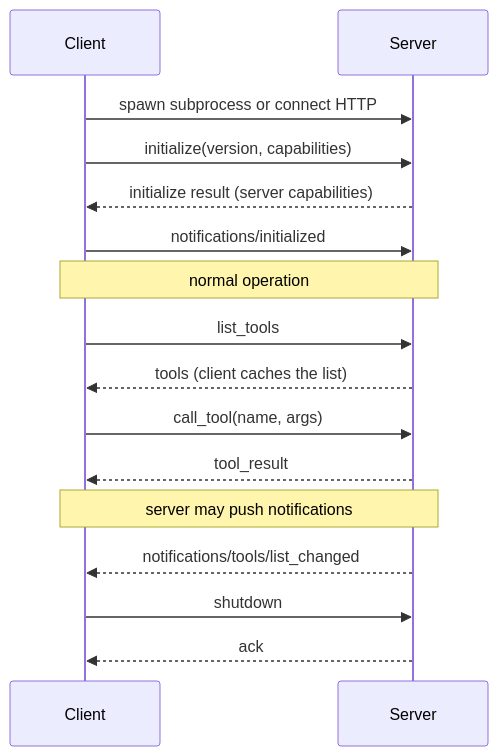
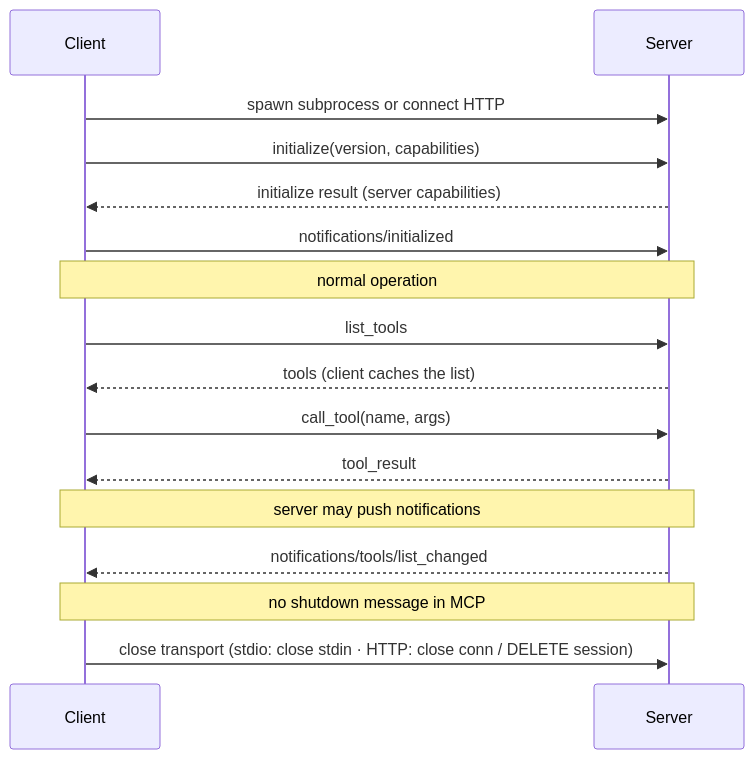
Before and after one commit to rppol/system-design: the first of 2 diagrams in src/main/java/com/rutik/systemdesign/llm/mcp_model_context_protocol/mcp_client_patterns.md, drawn with Mermaid. The commit also changed other lines of this file and 113 other files, not shown here.

````diff
--- a/src/main/java/com/rutik/systemdesign/llm/mcp_model_context_protocol/mcp_client_patterns.md
+++ b/src/main/java/com/rutik/systemdesign/llm/mcp_model_context_protocol/mcp_client_patterns.md
@@ -110,19 +110,19 @@
 ```mermaid
 sequenceDiagram
     participant C as Client
     participant S as Server
 
     C->>S: spawn subprocess or connect HTTP
     C->>S: initialize(version, capabilities)
     S-->>C: initialize result (server capabilities)
     C->>S: notifications/initialized
     Note over C,S: normal operation
     C->>S: list_tools
     S-->>C: tools (client caches the list)
     C->>S: call_tool(name, args)
     S-->>C: tool_result
     Note over C,S: server may push notifications
     S-->>C: notifications/tools/list_changed
-    C->>S: shutdown
-    S-->>C: ack
+    Note over C,S: no shutdown message in MCP
+    C->>S: close transport (stdio: close stdin · HTTP: close conn / DELETE session)
 ```
````
